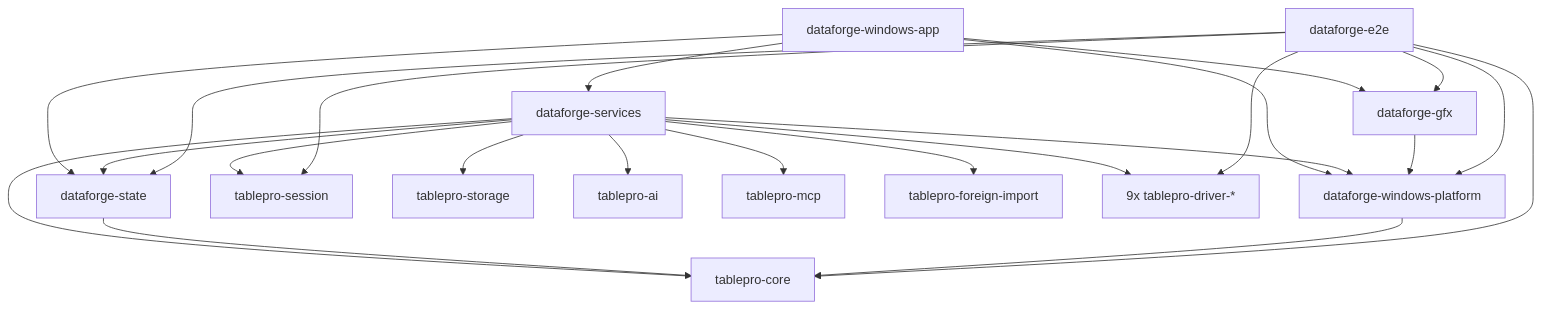
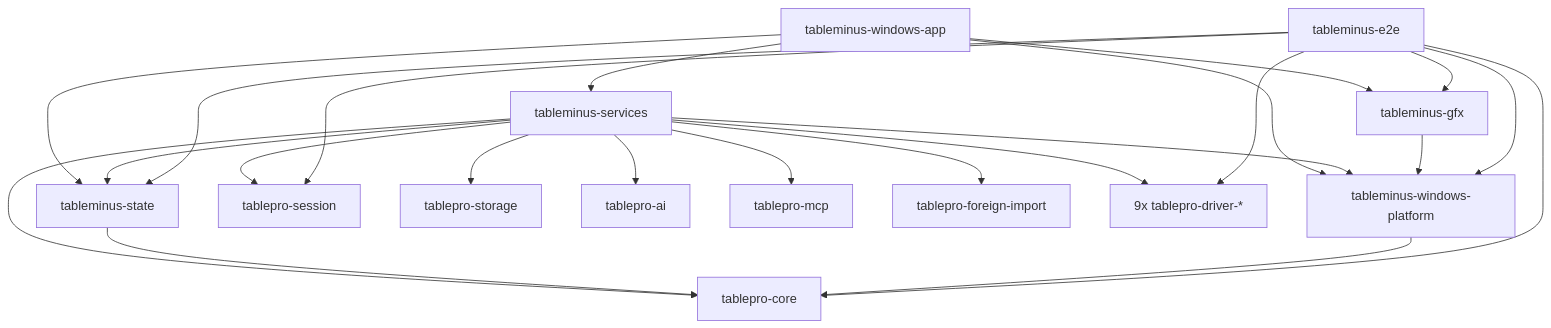
One commit to williamcachamwri/DataForge changed the diagram in ARCHITECTURE.md. Above: the diagram before and after it, drawn with Mermaid. The commit also changed other lines of this file, not shown here.

Commit message:
refactor(repo): rename DataForge to TableMinus in ARCHITECTURE.md

````diff
--- a/ARCHITECTURE.md
+++ b/ARCHITECTURE.md
@@ -7,28 +7,28 @@
 ```mermaid
 flowchart TD
-    APP[dataforge-windows-app] --> GFX[dataforge-gfx]
-    APP --> STATE[dataforge-state]
-    APP --> PLAT[dataforge-windows-platform]
-    APP --> SVC[dataforge-services]
+    APP[tableminus-windows-app] --> GFX[tableminus-gfx]
+    APP --> STATE[tableminus-state]
+    APP --> PLAT[tableminus-windows-platform]
+    APP --> SVC[tableminus-services]
 
     SVC --> STATE
     SVC --> PLAT
     SVC --> CORE[tablepro-core]
     SVC --> SESS[tablepro-session]
     SVC --> STOR[tablepro-storage]
     SVC --> AI[tablepro-ai]
     SVC --> MCP[tablepro-mcp]
     SVC --> FIMP[tablepro-foreign-import]
     SVC --> DRV[9x tablepro-driver-*]
 
     GFX --> PLAT
     STATE --> CORE
     PLAT --> CORE
 
-    E2E[dataforge-e2e] --> STATE
+    E2E[tableminus-e2e] --> STATE
     E2E --> GFX
     E2E --> PLAT
     E2E --> CORE
     E2E --> SESS
     E2E --> DRV
 ```
````
